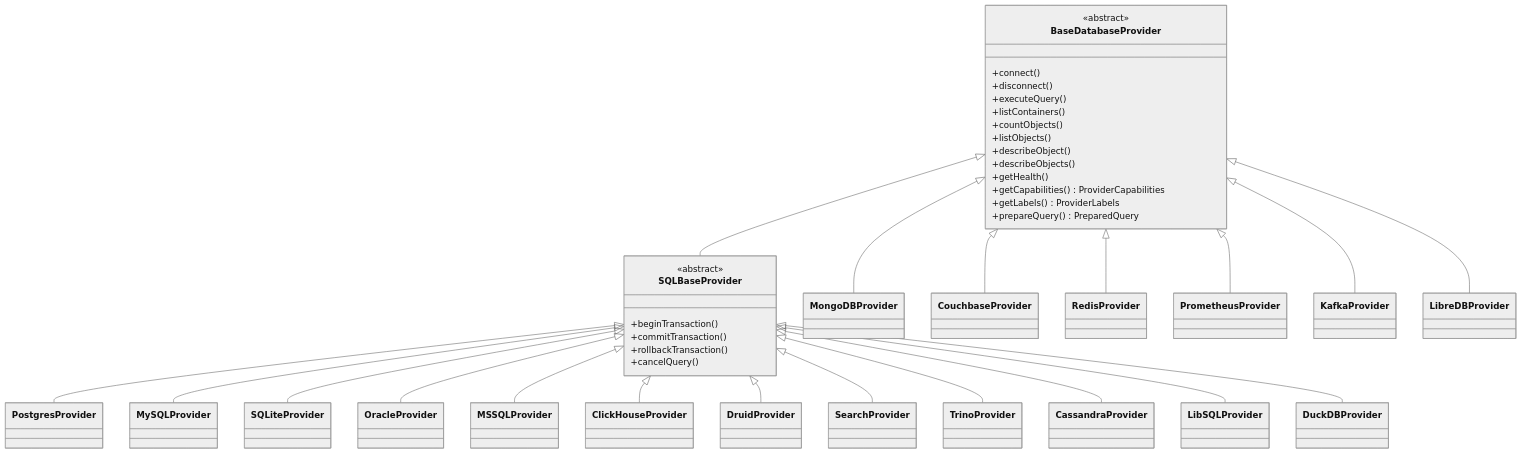
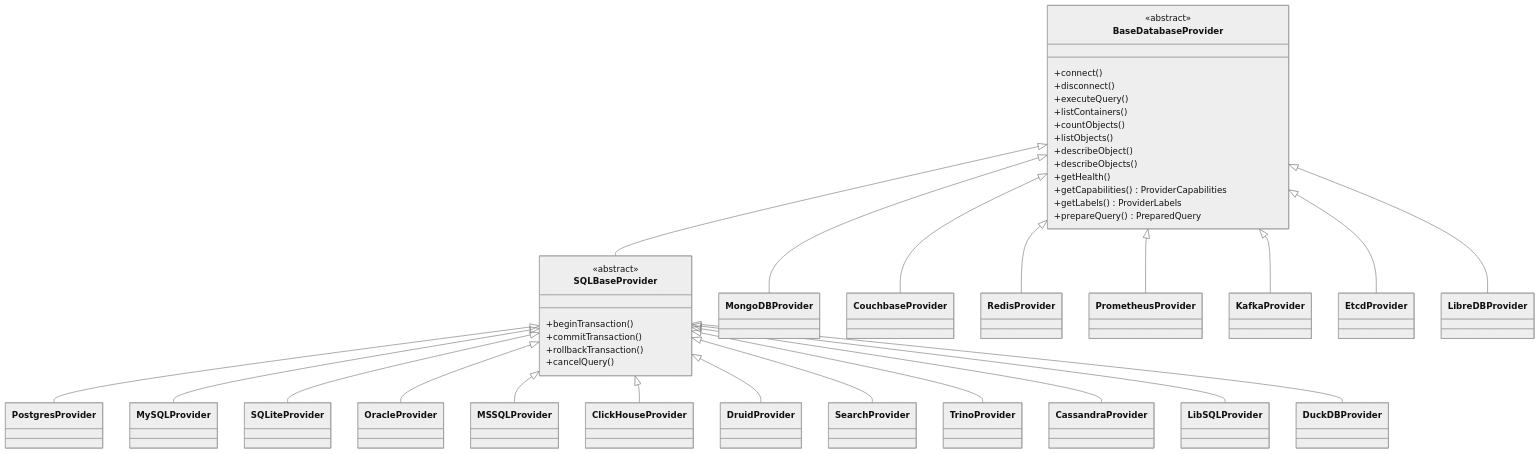
Before and after one commit to Aditya-XR/libredb-studio: the second of 3 diagrams in docs/ARCHITECTURE.md, drawn with Mermaid (neutral theme). The commit also changed other lines of this file and 451 other files, not shown here.

````diff
--- a/docs/ARCHITECTURE.md
+++ b/docs/ARCHITECTURE.md
@@ -83,47 +84,48 @@
 ```mermaid
 classDiagram
     class BaseDatabaseProvider {
         <<abstract>>
         +connect()
         +disconnect()
         +executeQuery()
         +listContainers()
         +countObjects()
         +listObjects()
         +describeObject()
         +describeObjects()
         +getHealth()
         +getCapabilities() ProviderCapabilities
         +getLabels() ProviderLabels
         +prepareQuery() PreparedQuery
     }
 
     class SQLBaseProvider {
         <<abstract>>
         +beginTransaction()
         +commitTransaction()
         +rollbackTransaction()
         +cancelQuery()
     }
 
     BaseDatabaseProvider <|-- SQLBaseProvider
     BaseDatabaseProvider <|-- MongoDBProvider
     BaseDatabaseProvider <|-- CouchbaseProvider
     BaseDatabaseProvider <|-- RedisProvider
     BaseDatabaseProvider <|-- PrometheusProvider
     BaseDatabaseProvider <|-- KafkaProvider
+    BaseDatabaseProvider <|-- EtcdProvider
     BaseDatabaseProvider <|-- LibreDBProvider
 
     SQLBaseProvider <|-- PostgresProvider
     SQLBaseProvider <|-- MySQLProvider
     SQLBaseProvider <|-- SQLiteProvider
     SQLBaseProvider <|-- OracleProvider
     SQLBaseProvider <|-- MSSQLProvider
     SQLBaseProvider <|-- ClickHouseProvider
     SQLBaseProvider <|-- DruidProvider
     SQLBaseProvider <|-- SearchProvider
     SQLBaseProvider <|-- TrinoProvider
     SQLBaseProvider <|-- CassandraProvider
     SQLBaseProvider <|-- LibSQLProvider
     SQLBaseProvider <|-- DuckDBProvider
 ```
````
